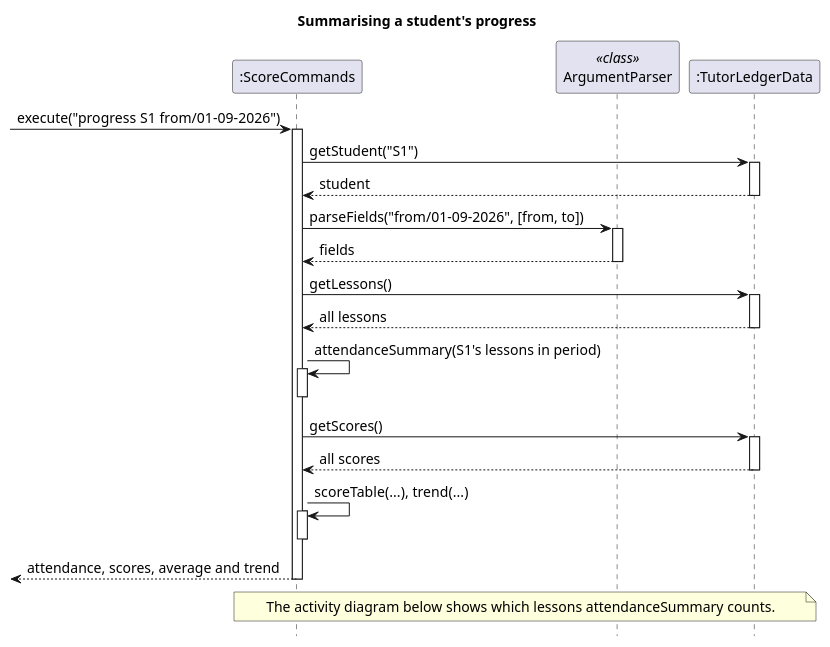
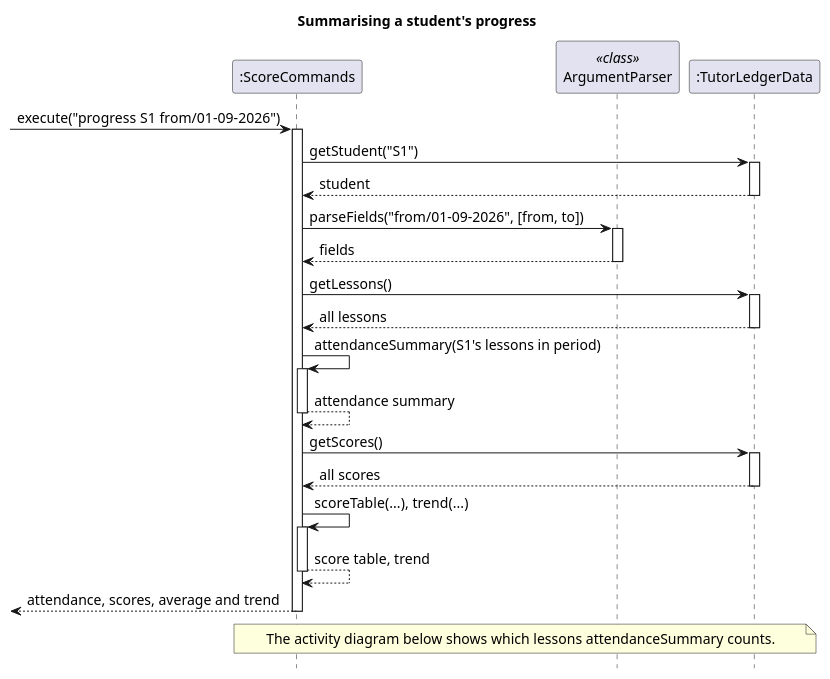
One commit to AY2627S1-CS2113-W12-2/tp changed the diagram in docs/diagrams/score-progress-sequence.puml. Above: the diagram before and after it, drawn with PlantUML. The commit also changed 21 other files, not shown here.

First line of the commit message:
DG: Add return arrows to self-calls in sequence diagrams

```diff
--- a/docs/diagrams/score-progress-sequence.puml
+++ b/docs/diagrams/score-progress-sequence.puml
@@ -1,44 +1,46 @@
 @startuml
 skinparam backgroundColor white
 skinparam defaultFontSize 14
 skinparam shadowing false
 hide footbox
 title Summarising a student's progress
 
 participant ":ScoreCommands" as Commands
 participant "ArgumentParser" as Parser <<class>>
 participant ":TutorLedgerData" as Data
 
 [-> Commands : execute("progress S1 from/01-09-2026")
 activate Commands
 Commands -> Data : getStudent("S1")
 activate Data
 Data --> Commands : student
 deactivate Data
 Commands -> Parser : parseFields("from/01-09-2026", [from, to])
 activate Parser
 Parser --> Commands : fields
 deactivate Parser
 
 Commands -> Data : getLessons()
 activate Data
 Data --> Commands : all lessons
 deactivate Data
 Commands -> Commands : attendanceSummary(S1's lessons in period)
 activate Commands
+Commands --> Commands : attendance summary
 deactivate Commands
 
 Commands -> Data : getScores()
 activate Data
 Data --> Commands : all scores
 deactivate Data
 Commands -> Commands : scoreTable(...), trend(...)
 activate Commands
+Commands --> Commands : score table, trend
 deactivate Commands
 
 Commands -->[ : attendance, scores, average and trend
 deactivate Commands
 note over Commands, Data
   The activity diagram below shows which lessons attendanceSummary counts.
 end note
 @enduml
```
